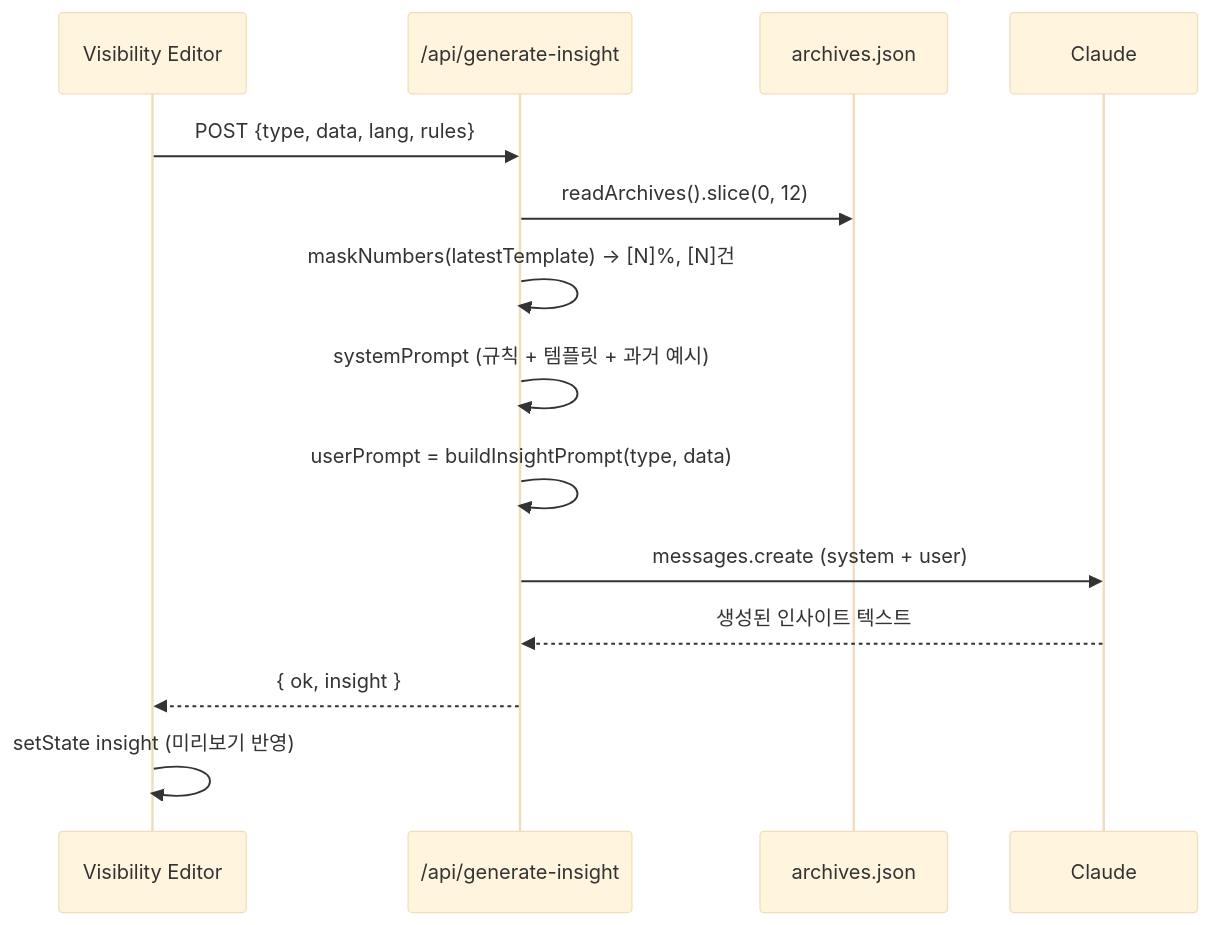
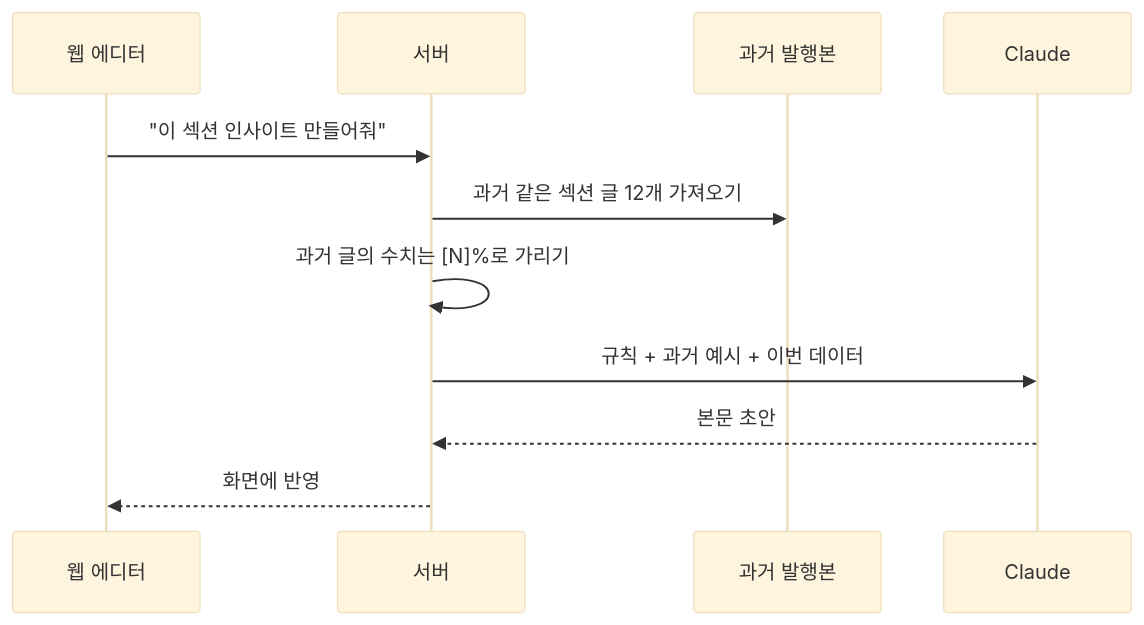
The fifth of 9 diagrams in docs/ADMIN_PLAN.md (mts8787-droid/my-geo-newsletter), drawn with Mermaid (base theme) before and after one commit. The commit also changed other lines of this file, not shown here.

````diff
--- a/docs/ADMIN_PLAN.md
+++ b/docs/ADMIN_PLAN.md
@@ -154,17 +160,14 @@
 ```mermaid
 sequenceDiagram
-  participant C as Visibility Editor
-  participant A as /api/generate-insight
-  participant Arc as archives.json
+  participant Web as 웹 에디터
+  participant API as 서버
+  participant Arc as 과거 발행본
   participant Claude
 
-  C->>A: POST {type, data, lang, rules}
-  A->>Arc: readArchives().slice(0, 12)
-  A->>A: maskNumbers(latestTemplate) → [N]%, [N]건
-  A->>A: systemPrompt (규칙 + 템플릿 + 과거 예시)
-  A->>A: userPrompt = buildInsightPrompt(type, data)
-  A->>Claude: messages.create (system + user)
-  Claude-->>A: 생성된 인사이트 텍스트
-  A-->>C: { ok, insight }
-  C->>C: setState insight (미리보기 반영)
+  Web->>API: "이 섹션 인사이트 만들어줘"
+  API->>Arc: 과거 같은 섹션 글 12개 가져오기
+  API->>API: 과거 글의 수치는 [N]%로 가리기
+  API->>Claude: 규칙 + 과거 예시 + 이번 데이터
+  Claude-->>API: 본문 초안
+  API-->>Web: 화면에 반영
 ```
````
